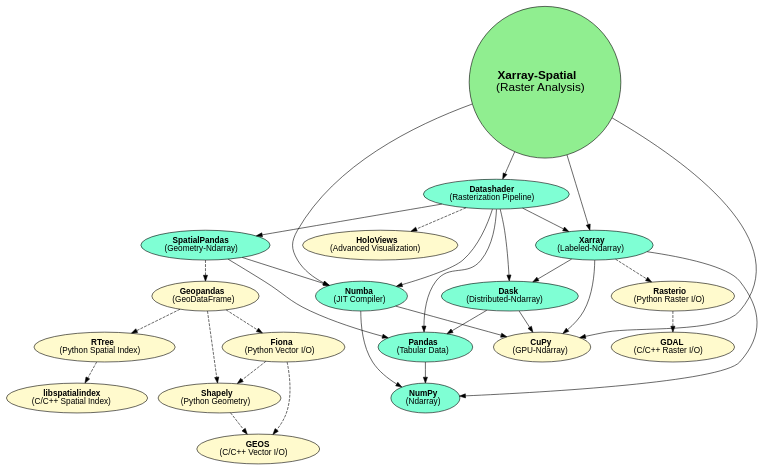
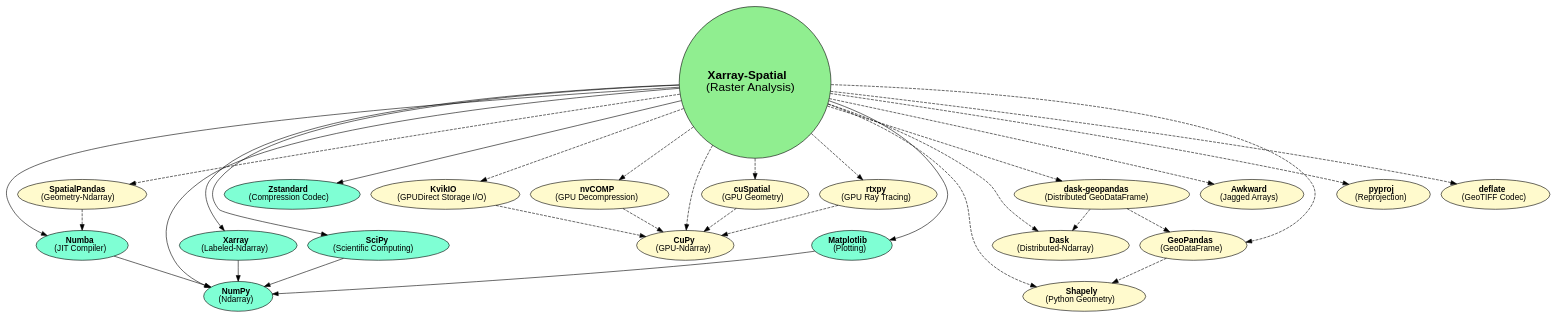
The diagram in img/dependencies.dot (makepath/xarray-spatial), drawn with Graphviz before and after one commit. The commit also changed 2 other files, not shown here.

Commit message:
Update README dependency graph to match current setup.cfg (#1907)
Rewrite img/dependencies.dot and re-render the SVG and PNG so the
diagram reflects what xarray-spatial actually depends on today.

Required deps (green): numpy, xarray, numba, scipy, matplotlib,
zstandard.

Optional deps (yellow, dashed): cupy, cuspatial, rtxpy, kvikio,
nvcomp, dask, dask-geopandas, shapely, geopandas, awkward,
spatialpandas, pyproj, deflate.

Removed datashader, holoviews, rasterio, GDAL, GEOS, fiona, rtree,
libspatialindex, and pandas. The first four conflict with the
README's "Free of GDAL / GEOS Dependencies" claim and the built-in
GeoTIFF reader/writer; the rest are no longer in the tree.

```diff
--- a/img/dependencies.dot
+++ b/img/dependencies.dot
@@ -1,63 +1,69 @@
 digraph G {
 
 graph [fontname = "helvetica"];
 node [fontname = "helvetica"];
 edge [fontname = "helvetica"];
 
 
 subgraph required {
-	xarray_spatial -> datashader;
+	xarray_spatial -> numpy;
+	xarray_spatial -> xarray;
 	xarray_spatial -> numba;
-	xarray_spatial -> xarray;
-	xarray_spatial -> cupy;
+	xarray_spatial -> scipy;
+	xarray_spatial -> matplotlib;
+	xarray_spatial -> zstandard;
 	xarray -> numpy;
-	xarray -> dask;
-	xarray -> cupy;
-	dask -> cupy;
 	numba -> numpy;
-	numba -> cupy;
+	scipy -> numpy;
+	matplotlib -> numpy;
 };
 
-subgraph required {
-	xarray -> rasterio -> gdal [style=dashed];
-	datashader -> numba;
-	datashader -> xarray;
-	datashader -> dask;
-	datashader -> pandas;
-	datashader -> spatialpandas;
-	datashader -> holoviews [style=dashed];
-	pandas -> numpy;
-	dask -> pandas;
-	spatialpandas -> pandas;
-	spatialpandas -> numba;
-	spatialpandas -> geopandas [style=dashed];
-	geopandas -> rtree -> libspatialindex [style=dashed];
-	geopandas -> fiona -> geos [style=dashed];
-	geopandas -> shapely -> geos [style=dashed];
-	fiona -> shapely [style=dashed];
+subgraph optional {
+	xarray_spatial -> cupy [style=dashed];
+	xarray_spatial -> cuspatial [style=dashed];
+	xarray_spatial -> rtxpy [style=dashed];
+	xarray_spatial -> kvikio [style=dashed];
+	xarray_spatial -> nvcomp [style=dashed];
+	xarray_spatial -> dask [style=dashed];
+	xarray_spatial -> dask_geopandas [style=dashed];
+	xarray_spatial -> shapely [style=dashed];
+	xarray_spatial -> geopandas [style=dashed];
+	xarray_spatial -> awkward [style=dashed];
+	xarray_spatial -> spatialpandas [style=dashed];
+	xarray_spatial -> pyproj [style=dashed];
+	xarray_spatial -> deflate [style=dashed];
+	cuspatial -> cupy [style=dashed];
+	rtxpy -> cupy [style=dashed];
+	kvikio -> cupy [style=dashed];
+	nvcomp -> cupy [style=dashed];
+	dask_geopandas -> dask [style=dashed];
+	dask_geopandas -> geopandas [style=dashed];
+	geopandas -> shapely [style=dashed];
+	spatialpandas -> numba [style=dashed];
 };
-
-
 
 
  xarray_spatial [label=<<b>Xarray-Spatial</b><br />(Raster Analysis)> fillcolor=palegreen2 fontsize=20 width=0.5 shape=circle style=filled];
 
+ numpy [label=<<b>NumPy</b><br />(Ndarray)> fillcolor=aquamarine style=filled];
  xarray [label=<<b>Xarray</b><br/>(Labeled-Ndarray)> fillcolor=aquamarine style=filled];
- datashader [label=<<b>Datashader</b><br />(Rasterization Pipeline)> fillcolor=aquamarine style=filled];
- dask [label=<<b>Dask</b><br />(Distributed-Ndarray)> fillcolor=aquamarine style=filled href="https://dask.pydata.org"];
+ numba [label=<<b>Numba</b><br />(JIT Compiler)> fillcolor=aquamarine style=filled];
+ scipy [label=<<b>SciPy</b><br />(Scientific Computing)> fillcolor=aquamarine style=filled];
+ matplotlib [label=<<b>Matplotlib</b><br />(Plotting)> fillcolor=aquamarine style=filled];
+ zstandard [label=<<b>Zstandard</b><br />(Compression Codec)> fillcolor=aquamarine style=filled];
+
  cupy [label=<<b>CuPy</b><br />(GPU-Ndarray)> fillcolor=lemonchiffon style=filled href="https://github.com/cupy/cupy"];
- numpy [label=<<b>NumPy</b><br />(Ndarray)> fillcolor=aquamarine style=filled];
- numba [label=<<b>Numba</b><br />(JIT Compiler)> fillcolor=aquamarine style=filled];
- pandas [label=<<b>Pandas</b><br />(Tabular Data)> fillcolor=aquamarine style=filled];
- spatialpandas [label=<<b>SpatialPandas</b><br />(Geometry-Ndarray)> fillcolor=aquamarine style=filled];
- rasterio [label=<<b>Rasterio</b><br />(Python Raster I/O)> fillcolor=lemonchiffon style=filled];
- gdal [label=<<b>GDAL</b><br />(C/C++ Raster I/O)> fillcolor=lemonchiffon style=filled];
- geos [label=<<b>GEOS</b><br />(C/C++ Vector I/O)> fillcolor=lemonchiffon style=filled];
- fiona [label=<<b>Fiona</b><br />(Python Vector I/O)> fillcolor=lemonchiffon style=filled];
- holoviews [label=<<b>HoloViews</b><br/>(Advanced Visualization)> fillcolor=lemonchiffon style=filled];
+ cuspatial [label=<<b>cuSpatial</b><br />(GPU Geometry)> fillcolor=lemonchiffon style=filled href="https://github.com/rapidsai/cuspatial"];
+ rtxpy [label=<<b>rtxpy</b><br />(GPU Ray Tracing)> fillcolor=lemonchiffon style=filled href="https://github.com/makepath/rtxpy"];
+ kvikio [label=<<b>KvikIO</b><br />(GPUDirect Storage I/O)> fillcolor=lemonchiffon style=filled href="https://github.com/rapidsai/kvikio"];
+ nvcomp [label=<<b>nvCOMP</b><br />(GPU Decompression)> fillcolor=lemonchiffon style=filled href="https://developer.nvidia.com/nvcomp"];
+ dask [label=<<b>Dask</b><br />(Distributed-Ndarray)> fillcolor=lemonchiffon style=filled href="https://dask.org"];
+ dask_geopandas [label=<<b>dask-geopandas</b><br />(Distributed GeoDataFrame)> fillcolor=lemonchiffon style=filled href="https://github.com/geopandas/dask-geopandas"];
  shapely [label=<<b>Shapely</b><br />(Python Geometry)> fillcolor=lemonchiffon style=filled];
- geopandas [label=<<b>Geopandas</b><br />(GeoDataFrame)> fillcolor=lemonchiffon style=filled];
- rtree [label=<<b>RTree</b><br />(Python Spatial Index)> fillcolor=lemonchiffon style=filled];
- libspatialindex [label=<<b>libspatialindex</b><br />(C/C++ Spatial Index)> fillcolor=lemonchiffon style=filled];
+ geopandas [label=<<b>GeoPandas</b><br />(GeoDataFrame)> fillcolor=lemonchiffon style=filled];
+ awkward [label=<<b>Awkward</b><br />(Jagged Arrays)> fillcolor=lemonchiffon style=filled href="https://github.com/scikit-hep/awkward"];
+ spatialpandas [label=<<b>SpatialPandas</b><br />(Geometry-Ndarray)> fillcolor=lemonchiffon style=filled];
+ pyproj [label=<<b>pyproj</b><br />(Reprojection)> fillcolor=lemonchiffon style=filled href="https://github.com/pyproj4/pyproj"];
+ deflate [label=<<b>deflate</b><br />(GeoTIFF Codec)> fillcolor=lemonchiffon style=filled];
 
 }
```
